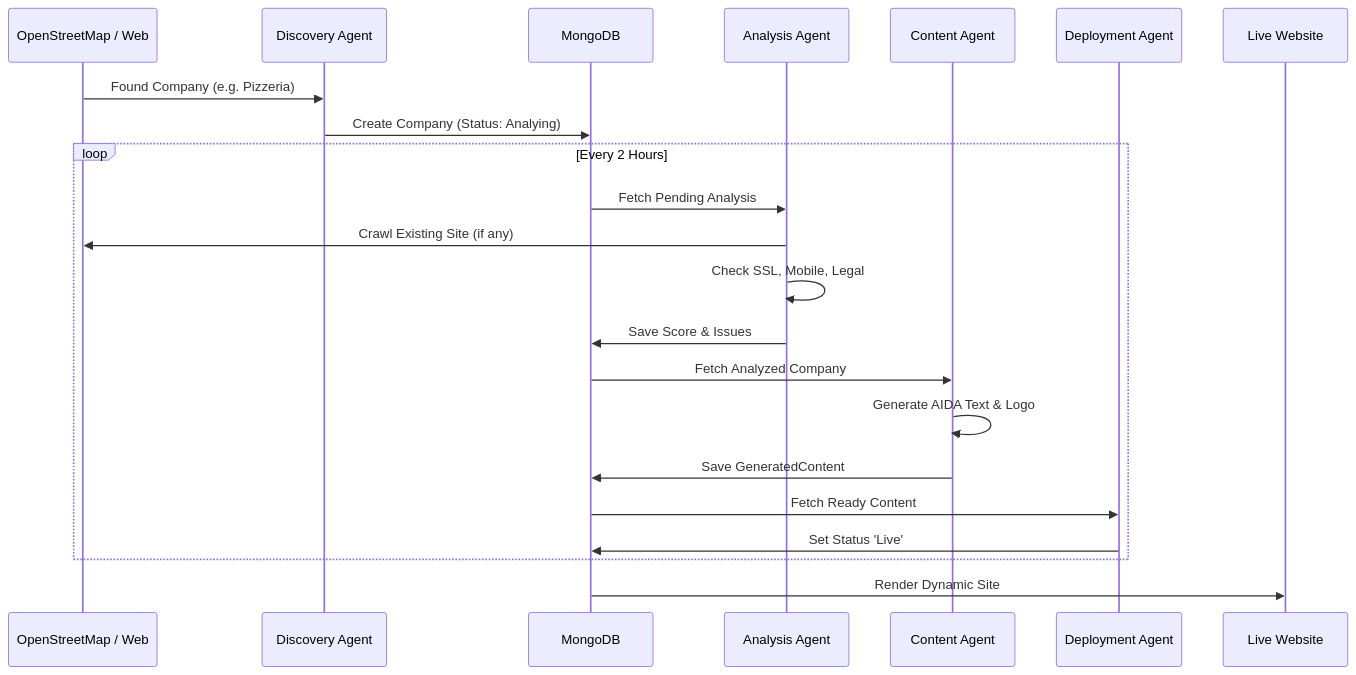
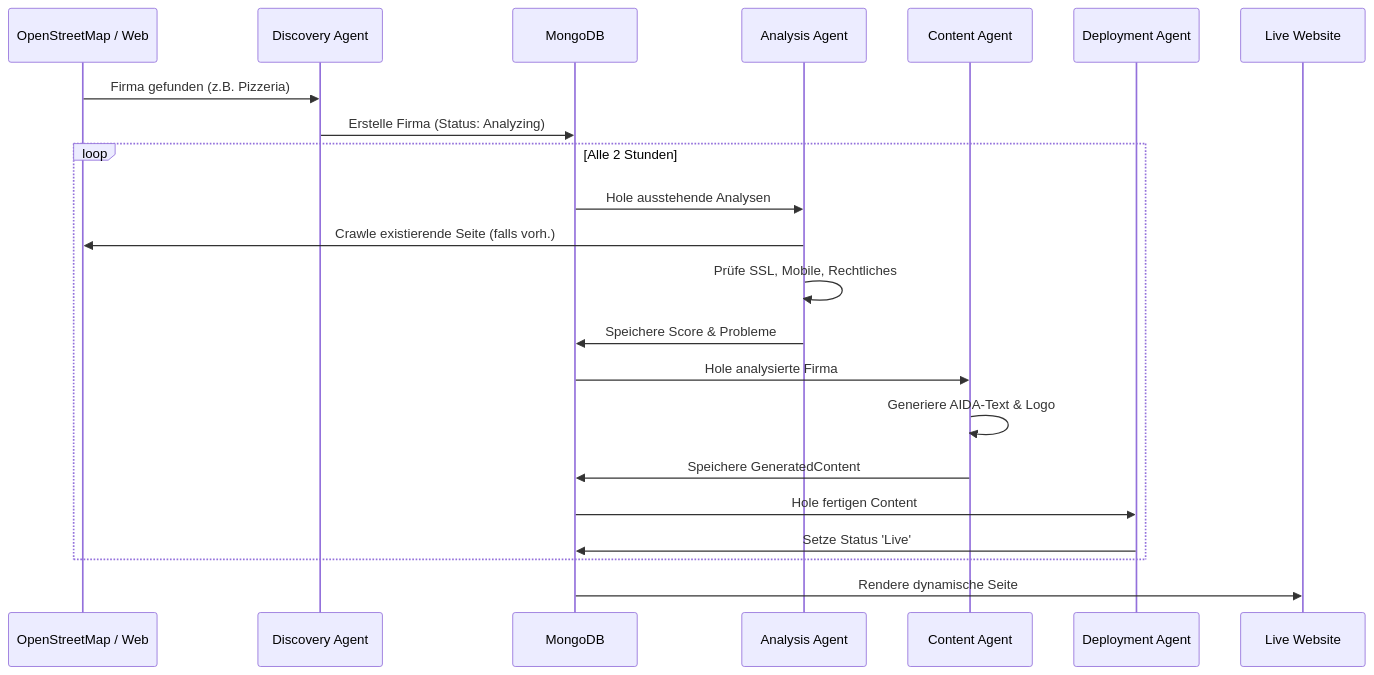
The second of 2 diagrams in AUTONOMOUS_PLATFORM.md (Minicon-eG/minicon-hub), drawn with Mermaid before and after one commit. The commit also changed other lines of this file, not shown here.

````diff
--- a/AUTONOMOUS_PLATFORM.md
+++ b/AUTONOMOUS_PLATFORM.md
@@ -51,29 +51,29 @@
 ```mermaid
 sequenceDiagram
     participant Source as OpenStreetMap / Web
     participant Disc as Discovery Agent
     participant DB as MongoDB
     participant Ana as Analysis Agent
     participant Gen as Content Agent
     participant Dep as Deployment Agent
     participant Live as Live Website
 
-    Source->>Disc: Found Company (e.g. Pizzeria)
-    Disc->>DB: Create Company (Status: Analying)
+    Source->>Disc: Firma gefunden (z.B. Pizzeria)
+    Disc->>DB: Erstelle Firma (Status: Analyzing)
     
-    loop Every 2 Hours
-        DB->>Ana: Fetch Pending Analysis
-        Ana->>Source: Crawl Existing Site (if any)
-        Ana->>Ana: Check SSL, Mobile, Legal
-        Ana->>DB: Save Score & Issues
+    loop Alle 2 Stunden
+        DB->>Ana: Hole ausstehende Analysen
+        Ana->>Source: Crawle existierende Seite (falls vorh.)
+        Ana->>Ana: Prüfe SSL, Mobile, Rechtliches
+        Ana->>DB: Speichere Score & Probleme
         
-        DB->>Gen: Fetch Analyzed Company
-        Gen->>Gen: Generate AIDA Text & Logo
-        Gen->>DB: Save GeneratedContent
+        DB->>Gen: Hole analysierte Firma
+        Gen->>Gen: Generiere AIDA-Text & Logo
+        Gen->>DB: Speichere GeneratedContent
         
-        DB->>Dep: Fetch Ready Content
-        Dep->>DB: Set Status 'Live'
+        DB->>Dep: Hole fertigen Content
+        Dep->>DB: Setze Status 'Live'
     end
     
-    DB->>Live: Render Dynamic Site
+    DB->>Live: Rendere dynamische Seite
 ```
````
